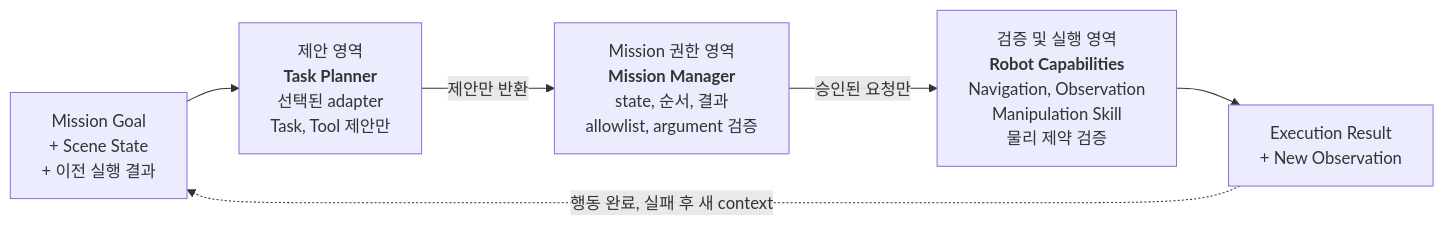
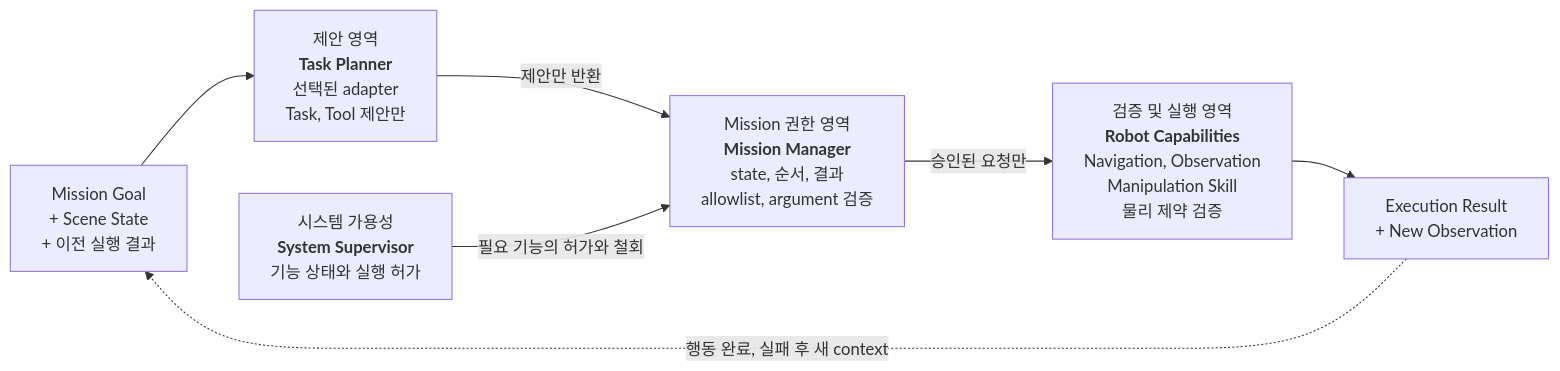
Before and after one commit to asm17-moving-agent/cleany-docs: the diagram in 20_TECHNICAL/03 - Task Planning and Robot Capabilities.md, drawn with Mermaid. The commit also changed other lines of this file and 13 other files, not shown here.

Commit message:
docs: define system supervisor responsibilities and safety boundaries

````diff
--- a/20_TECHNICAL/03 - Task Planning and Robot Capabilities.md
+++ b/20_TECHNICAL/03 - Task Planning and Robot Capabilities.md
@@ -12,14 +12,16 @@
 ```mermaid
 flowchart LR
     context["Mission Goal<br/>+ Scene State<br/>+ 이전 실행 결과"]
     planner["제안 영역<br/><b>Task Planner</b><br/>선택된 adapter<br/>Task, Tool 제안만"]
     mission["Mission 권한 영역<br/><b>Mission Manager</b><br/>state, 순서, 결과<br/>allowlist, argument 검증"]
+    supervisor["시스템 가용성<br/><b>System Supervisor</b><br/>기능 상태와 실행 허가"]
     capabilities["검증 및 실행 영역<br/><b>Robot Capabilities</b><br/>Navigation, Observation<br/>Manipulation Skill<br/>물리 제약 검증"]
     result["Execution Result<br/>+ New Observation"]
 
     context --> planner
     planner -->|제안만 반환| mission
+    supervisor -->|필요 기능의 허가와 철회| mission
     mission -->|승인된 요청만| capabilities
     capabilities --> result
     result -.->|행동 완료, 실패 후 새 context| context
 ```
````
